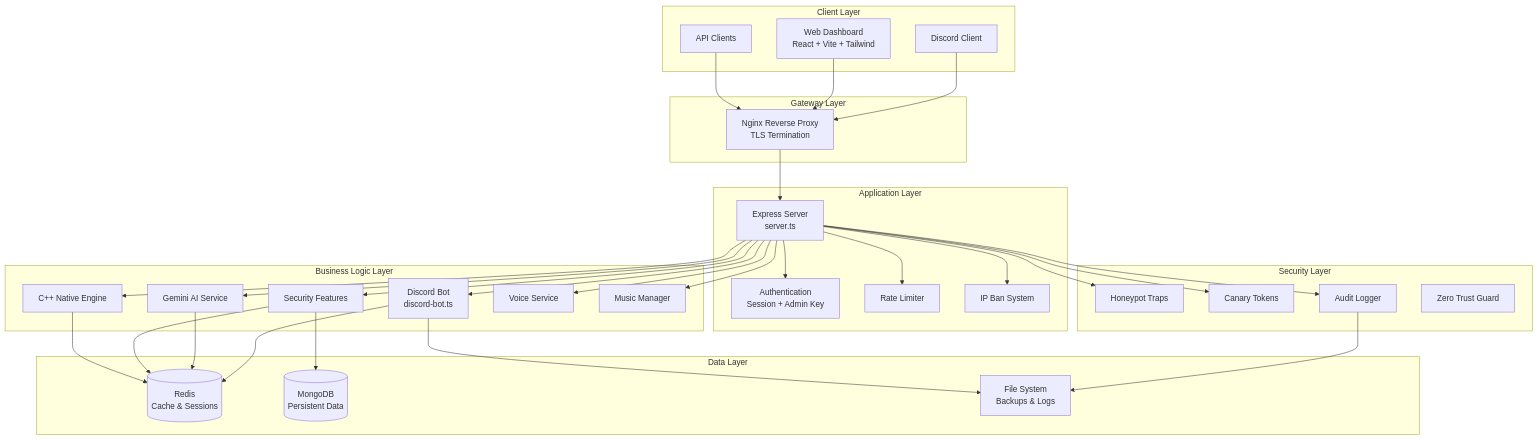
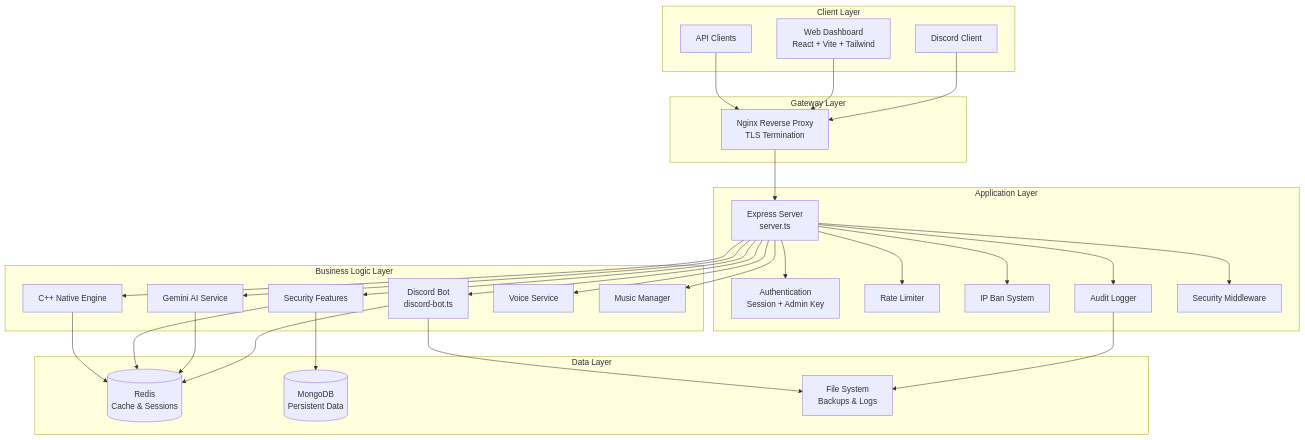
Before and after one commit to rxaimbot3-design/Testing-Bot: the first of 4 diagrams in ARCHITECTURE.md, drawn with Mermaid. The commit also changed other lines of this file and 32 other files, not shown here.

````diff
--- a/ARCHITECTURE.md
+++ b/ARCHITECTURE.md
@@ -5,70 +5,64 @@
 ```mermaid
 graph TB
     subgraph "Client Layer"
         WEB[Web Dashboard<br/>React + Vite + Tailwind]
         DISCORD[Discord Client]
         API_CLIENT[API Clients]
     end
 
     subgraph "Gateway Layer"
         NGINX[Nginx Reverse Proxy<br/>TLS Termination]
     end
 
     subgraph "Application Layer"
         SERVER[Express Server<br/>server.ts]
         AUTH[Authentication<br/>Session + Admin Key]
         RATE_LIMIT[Rate Limiter]
         IP_BAN[IP Ban System]
-    end
-
-    subgraph "Security Layer"
-        HONEYPOT[Honeypot Traps]
-        CANARY[Canary Tokens]
         AUDIT[Audit Logger]
-        ZERO_TRUST[Zero Trust Guard]
+        SECURITY_MW[Security Middleware]
     end
 
     subgraph "Business Logic Layer"
         BOT[Discord Bot<br/>discord-bot.ts]
         AI[Gemini AI Service]
         SECURITY[Security Features]
         CPP[C++ Native Engine]
         VOICE[Voice Service]
         MUSIC[Music Manager]
     end
 
     subgraph "Data Layer"
         REDIS[(Redis<br/>Cache & Sessions)]
         MONGO[(MongoDB<br/>Persistent Data)]
         FILES[File System<br/>Backups & Logs]
     end
 
     DISCORD --> NGINX
     WEB --> NGINX
     API_CLIENT --> NGINX
 
     NGINX --> SERVER
 
     SERVER --> AUTH
     SERVER --> RATE_LIMIT
     SERVER --> IP_BAN
-    SERVER --> HONEYPOT
-    SERVER --> CANARY
     SERVER --> AUDIT
+    SERVER --> SECURITY_MW
 
     SERVER --> BOT
     SERVER --> AI
     SERVER --> SECURITY
     SERVER --> CPP
     SERVER --> VOICE
     SERVER --> MUSIC
 
     BOT --> REDIS
     AI --> REDIS
     SECURITY --> REDIS
     CPP --> REDIS
 
     SECURITY --> MONGO
     AUDIT --> FILES
     BOT --> FILES
 ```
````
